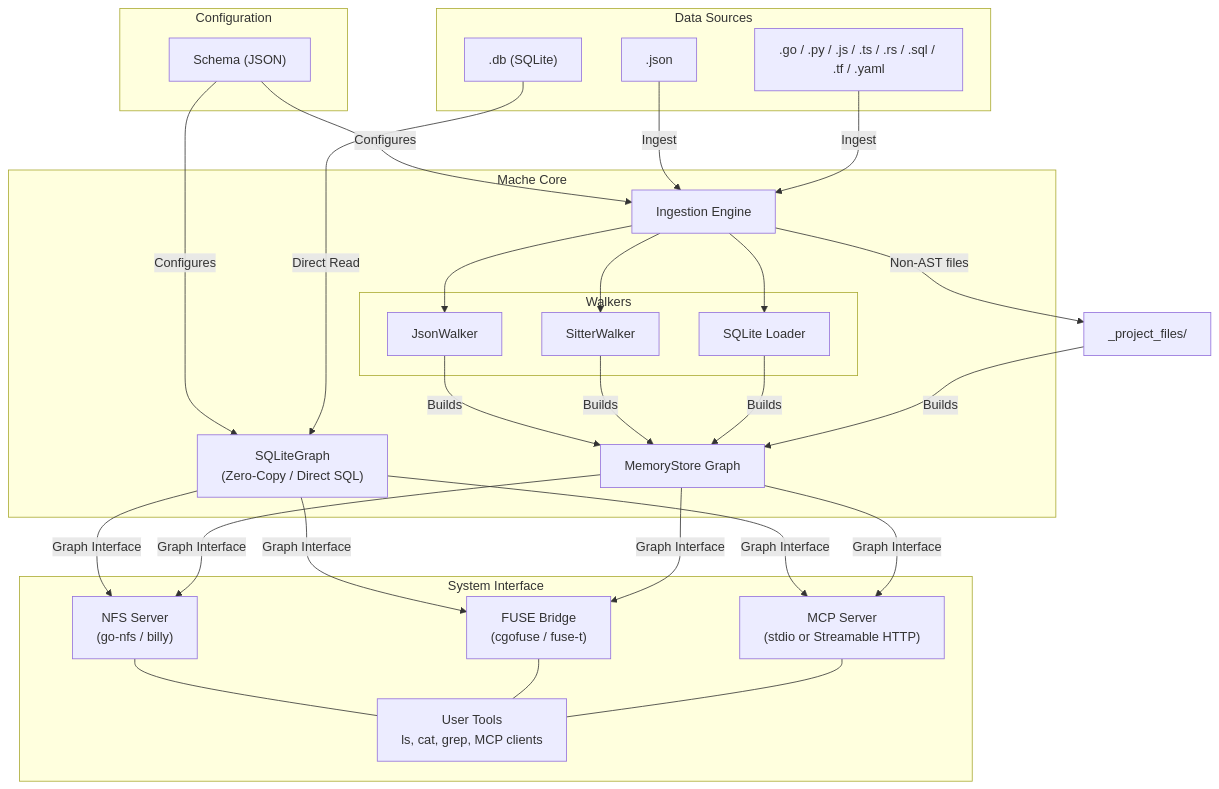
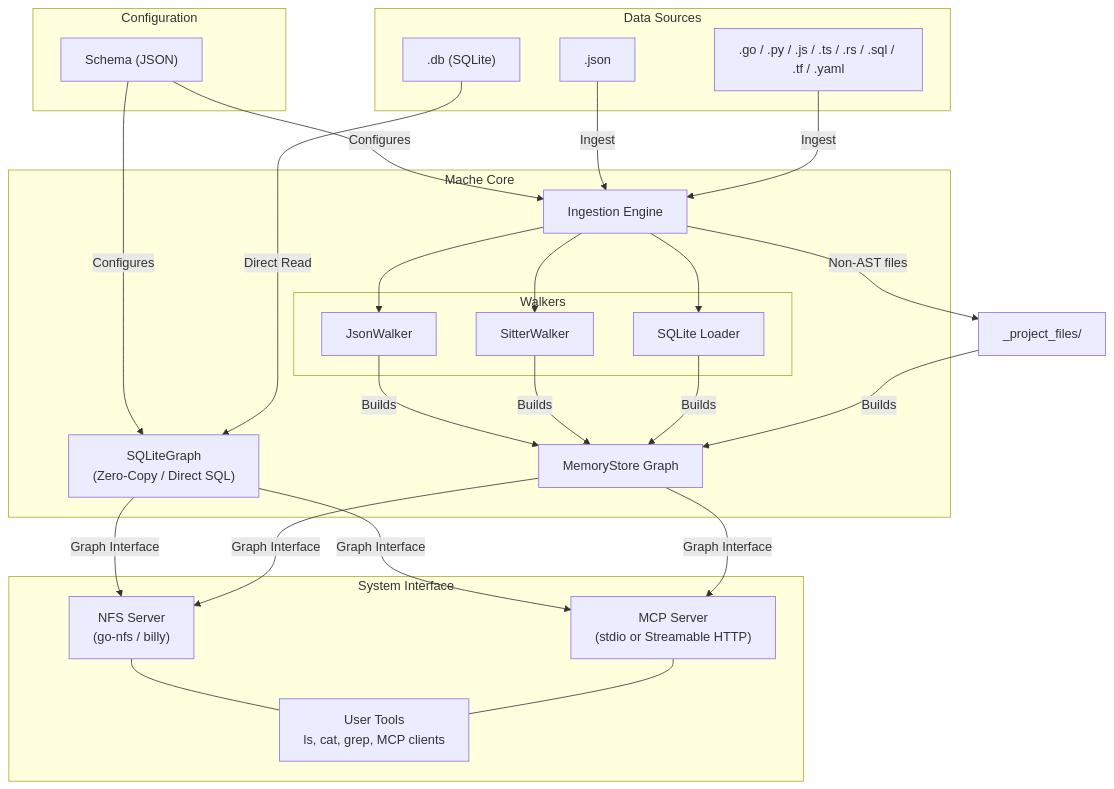
One commit to agentic-research/mache changed the diagram in docs/ARCHITECTURE.md. Above: the diagram before and after it, drawn with Mermaid. The commit also changed other lines of this file, not shown here.

First line of the commit message:
docs: scrub FUSE refs from ARCHITECTURE.md (FUSE removed in v0.7.0)

````diff
--- a/docs/ARCHITECTURE.md
+++ b/docs/ARCHITECTURE.md
@@ -5,60 +5,56 @@
 ```mermaid
 graph TD
     subgraph Configuration
         Schema["Schema (JSON)"]
     end
 
     subgraph "Data Sources"
         SQLiteFile[".db (SQLite)"]
         FlatFile[".json"]
         SourceCode[".go / .py / .js / .ts / .rs / .sql / .tf / .yaml"]
     end
 
     subgraph "Mache Core"
         SQLiteGraph["SQLiteGraph<br/>(Zero-Copy / Direct SQL)"]
         Engine[Ingestion Engine]
 
         subgraph "Walkers"
             JW[JsonWalker]
             SW[SitterWalker]
             SL[SQLite Loader]
         end
 
         MemoryStore["MemoryStore Graph"]
     end
 
     subgraph "System Interface"
         NFS["NFS Server<br/>(go-nfs / billy)"]
-        FUSE["FUSE Bridge<br/>(cgofuse / fuse-t)"]
         MCP["MCP Server<br/>(stdio or Streamable HTTP)"]
         Tools["User Tools<br/>ls, cat, grep, MCP clients"]
     end
 
     Schema -->|Configures| SQLiteGraph
     Schema -->|Configures| Engine
 
     SQLiteFile -->|Direct Read| SQLiteGraph
     FlatFile -->|Ingest| Engine
     SourceCode -->|Ingest| Engine
 
     Engine --> JW
     Engine --> SW
     Engine --> SL
 
     JW -->|Builds| MemoryStore
     SW -->|Builds| MemoryStore
     SL -->|Builds| MemoryStore
     Engine -->|"Non-AST files"| ProjectFiles["_project_files/"]
     ProjectFiles -->|Builds| MemoryStore
 
     SQLiteGraph -->|Graph Interface| NFS
     MemoryStore -->|Graph Interface| NFS
-    SQLiteGraph -->|Graph Interface| FUSE
-    MemoryStore -->|Graph Interface| FUSE
     SQLiteGraph -->|Graph Interface| MCP
     MemoryStore -->|Graph Interface| MCP
 
     NFS --- Tools
-    FUSE --- Tools
     MCP --- Tools
 ```
````
